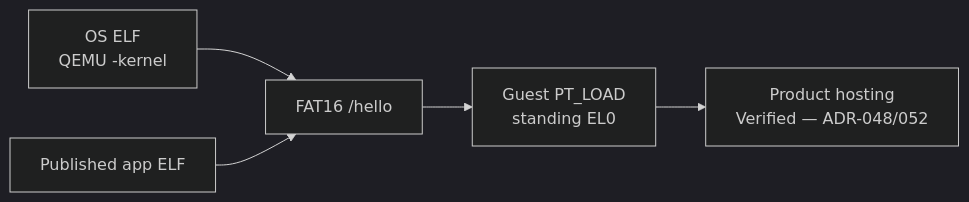
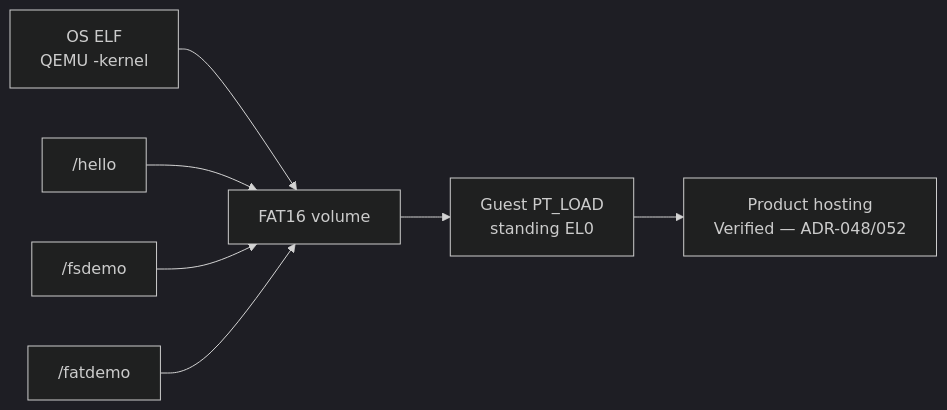
Before and after one commit to artofdream/ctos: the first of 2 diagrams in docs/overview/hosting-apps.md, drawn with Mermaid (dark theme). The commit also changed other lines of this file and 7 other files, not shown here.

````diff
--- a/docs/overview/hosting-apps.md
+++ b/docs/overview/hosting-apps.md
@@ -15,7 +15,9 @@
 ```mermaid
 flowchart LR
-  OS["OS ELF<br/>QEMU -kernel"] --> FAT["FAT16 /hello"]
-  APP["Published app ELF"] --> FAT
+  OS["OS ELF<br/>QEMU -kernel"] --> FAT["FAT16 volume"]
+  H["/hello"] --> FAT
+  F["/fsdemo"] --> FAT
+  D["/fatdemo"] --> FAT
   FAT --> LOAD["Guest PT_LOAD<br/>standing EL0"]
   LOAD --> CLAIM["Product hosting<br/>Verified — ADR-048/052"]
 ```
````
